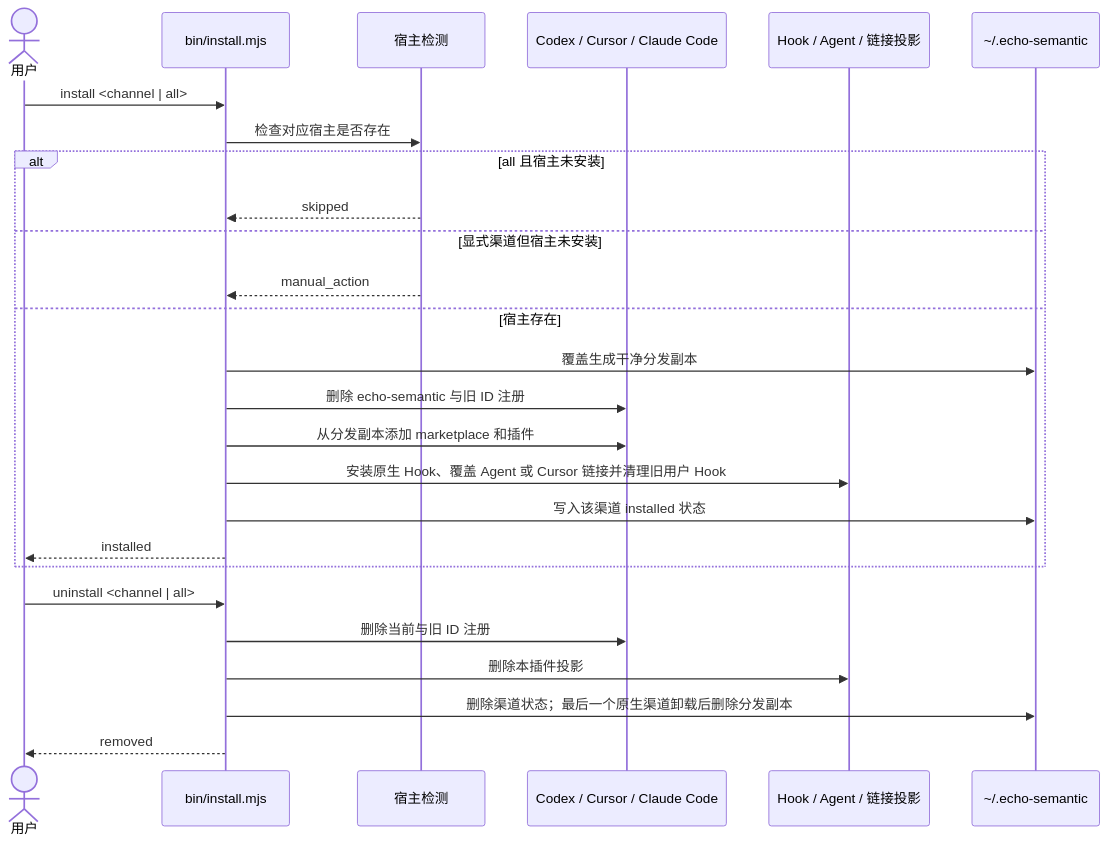
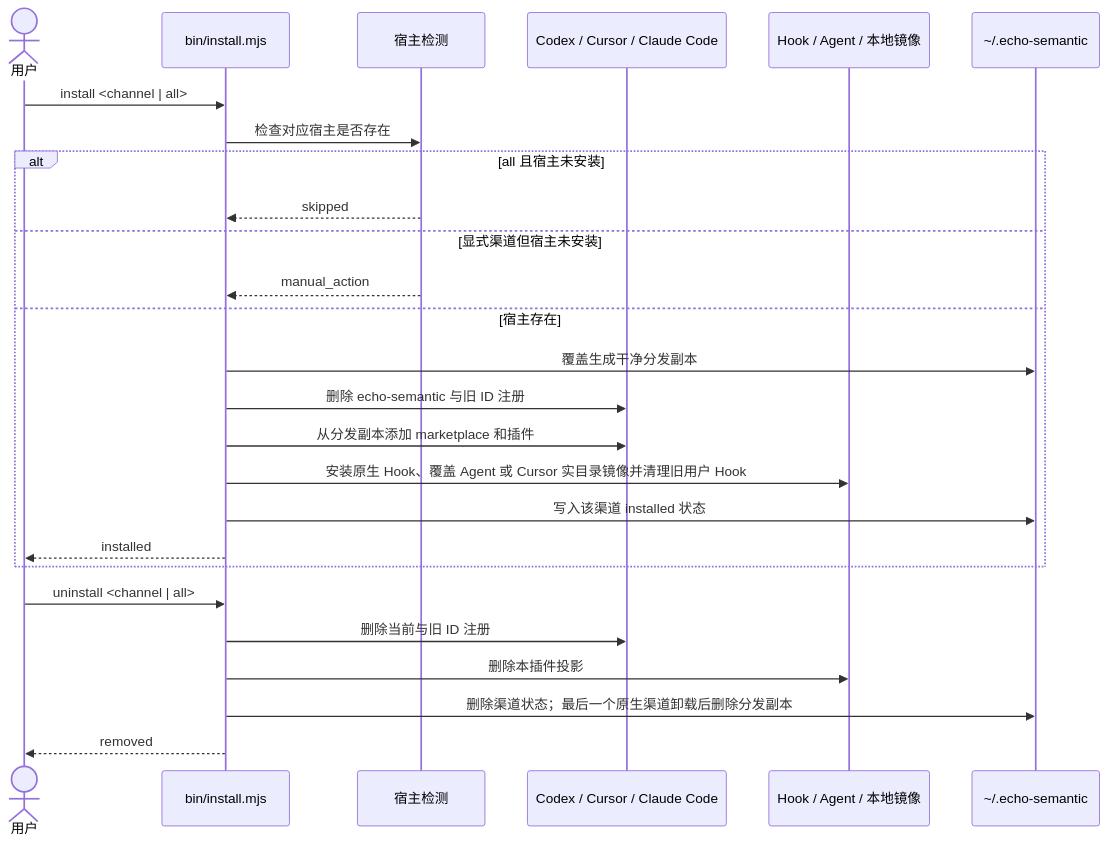
One commit to EchoYue-lp/echo-semantic changed the ninth of 9 diagrams in docs/supreme/specs/plugin-architecture/design.md. Above: the diagram before and after it, drawn with Mermaid. The commit also changed 28 other files, not shown here.

````diff
--- a/docs/supreme/specs/plugin-architecture/design.md
+++ b/docs/supreme/specs/plugin-architecture/design.md
@@ -396,30 +396,30 @@
 ```mermaid
 sequenceDiagram
   actor User as 用户
   participant Installer as bin/install.mjs
   participant Detect as 宿主检测
   participant Host as Codex / Cursor / Claude Code
-  participant Projection as Hook / Agent / 链接投影
+  participant Projection as Hook / Agent / 本地镜像
   participant State as ~/.echo-semantic
 
   User->>Installer: install <channel | all>
   Installer->>Detect: 检查对应宿主是否存在
   alt all 且宿主未安装
     Detect-->>Installer: skipped
   else 显式渠道但宿主未安装
     Detect-->>Installer: manual_action
   else 宿主存在
     Installer->>State: 覆盖生成干净分发副本
     Installer->>Host: 删除 echo-semantic 与旧 ID 注册
     Installer->>Host: 从分发副本添加 marketplace 和插件
-    Installer->>Projection: 安装原生 Hook、覆盖 Agent 或 Cursor 链接并清理旧用户 Hook
+    Installer->>Projection: 安装原生 Hook、覆盖 Agent 或 Cursor 实目录镜像并清理旧用户 Hook
     Installer->>State: 写入该渠道 installed 状态
     Installer-->>User: installed
   end
 
   User->>Installer: uninstall <channel | all>
   Installer->>Host: 删除当前与旧 ID 注册
   Installer->>Projection: 删除本插件投影
   Installer->>State: 删除渠道状态；最后一个原生渠道卸载后删除分发副本
   Installer-->>User: removed
 ```
````
